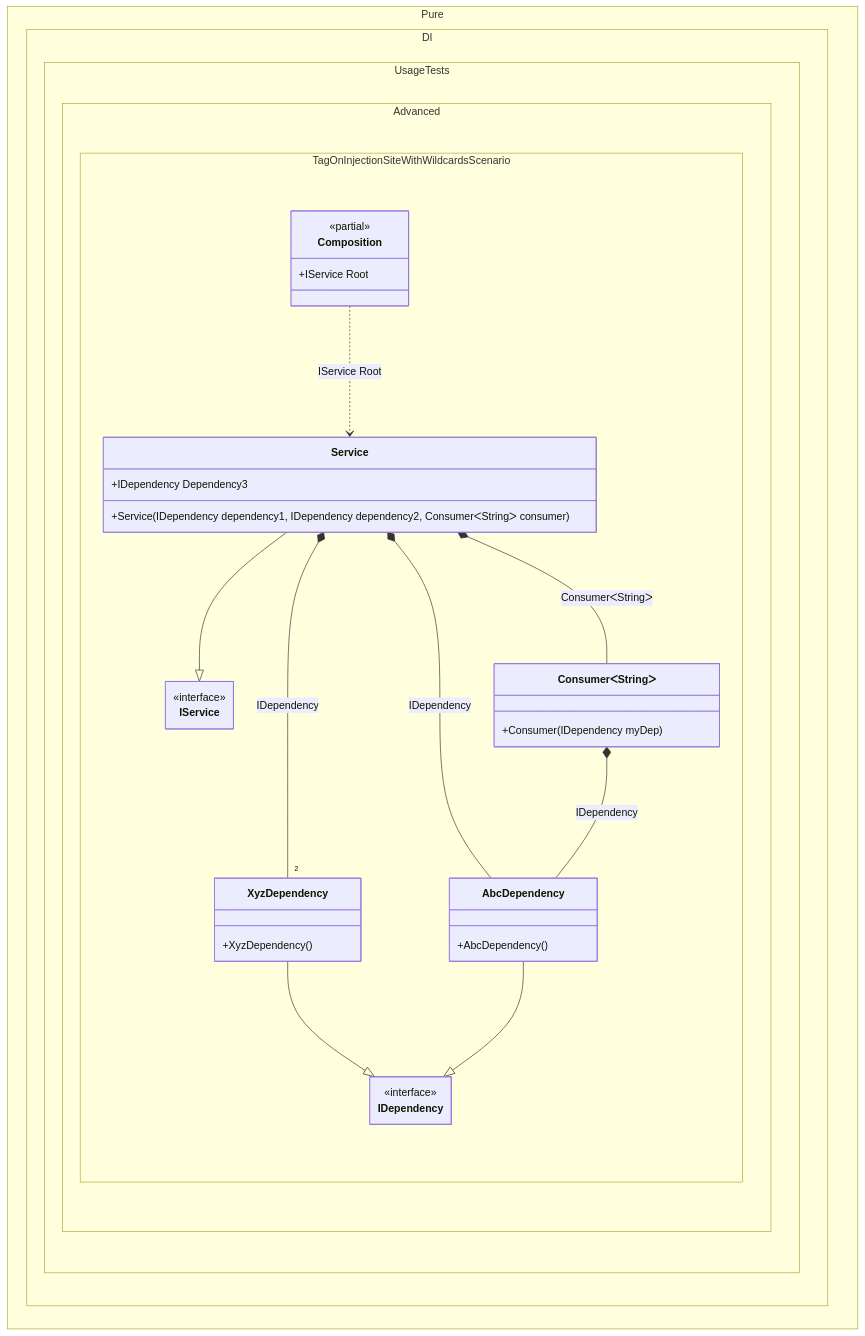
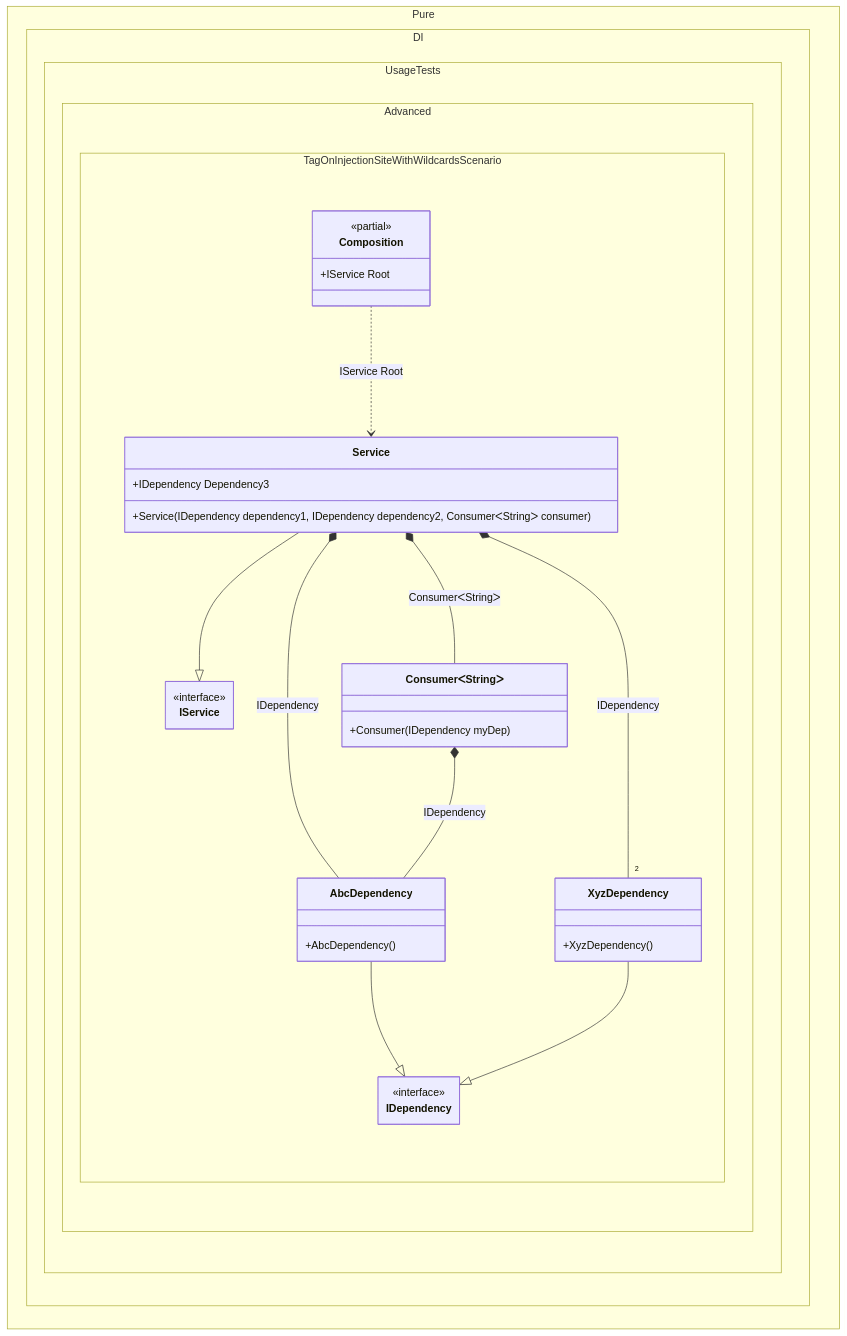
Before and after one commit to DevTeam/Pure.DI: the diagram in readme/tag-on-injection-site-with-wildcards.md, drawn with Mermaid. The commit also changed other lines of this file and 113 other files, not shown here.

````diff
--- a/readme/tag-on-injection-site-with-wildcards.md
+++ b/readme/tag-on-injection-site-with-wildcards.md
@@ -129,41 +129,41 @@
 ```mermaid
 ---
  config:
   class:
    hideEmptyMembersBox: true
 ---
 classDiagram
+	AbcDependency --|> IDependency
+	XyzDependency --|> IDependency
 	Service --|> IService
-	XyzDependency --|> IDependency
-	AbcDependency --|> IDependency
 	Composition ..> Service : IService Root
+	Service *--  AbcDependency : IDependency
 	Service *-- "2 " XyzDependency : IDependency
 	Service *--  ConsumerᐸStringᐳ : ConsumerᐸStringᐳ
-	Service *--  AbcDependency : IDependency
 	ConsumerᐸStringᐳ *--  AbcDependency : IDependency
 	namespace Pure.DI.UsageTests.Advanced.TagOnInjectionSiteWithWildcardsScenario {
 		class AbcDependency {
 			+AbcDependency()
 		}
 		class Composition {
 		<<partial>>
 		+IService Root
 		}
 		class ConsumerᐸStringᐳ {
 			+Consumer(IDependency myDep)
 		}
 		class IDependency {
 			<<interface>>
 		}
 		class IService {
 			<<interface>>
 		}
 		class Service {
 			+Service(IDependency dependency1, IDependency dependency2, ConsumerᐸStringᐳ consumer)
 			+IDependency Dependency3
 		}
 		class XyzDependency {
 			+XyzDependency()
 		}
 	}
 ```
````
